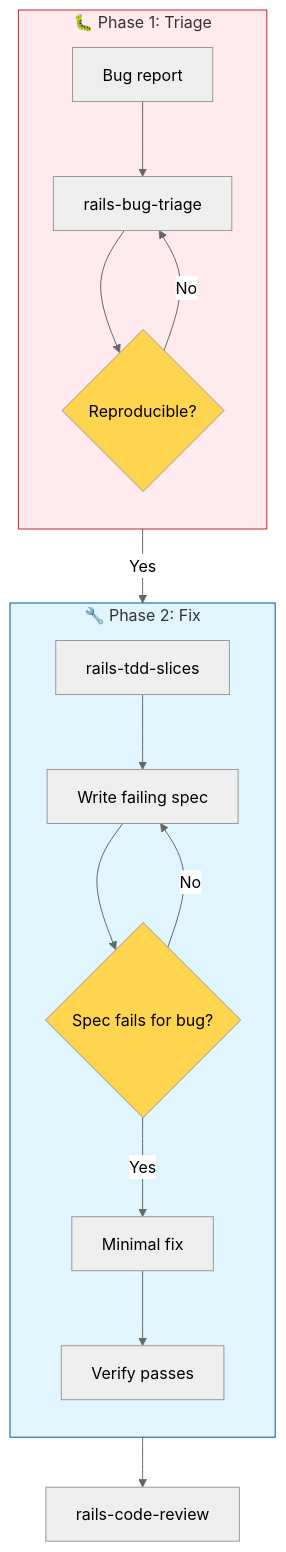
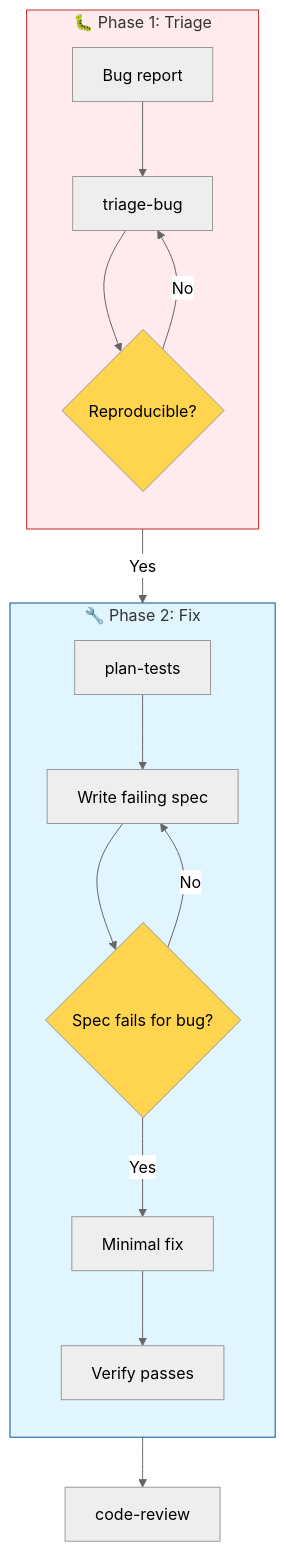
The second of 3 diagrams in docs/workflows/development.md (igmarin/my-RoR-personal-skills), drawn with Mermaid (neutral theme) before and after one commit. The commit also changed other lines of this file and 295 other files, not shown here.

First line of the commit message:
Refactor names flows (#57)

````diff
--- a/docs/workflows/development.md
+++ b/docs/workflows/development.md
@@ -163,27 +163,27 @@
 ```mermaid
 graph TB
     subgraph Triage [🐛 Phase 1: Triage]
         direction TB
-        A[Bug report] --> B[rails-bug-triage]
+        A[Bug report] --> B[triage-bug]
         B --> C{Reproducible?}
         C -- No --> B
     end
 
     subgraph Fix [🔧 Phase 2: Fix]
         direction TB
-        C -- Yes --> D[rails-tdd-slices]
+        C -- Yes --> D[plan-tests]
         D --> E[Write failing spec]
         E --> F{Spec fails for bug?}
         F -- No --> E
         F -- Yes --> G[Minimal fix]
         G --> H[Verify passes]
     end
 
-    H --> I[rails-code-review]
+    H --> I[code-review]
 
     %% Styling
     style Triage fill:#ffebee,stroke:#c62828
     style Fix fill:#e1f5fe,stroke:#01579b
     style C fill:#ffd54f
     style F fill:#ffd54f
 ```
````
